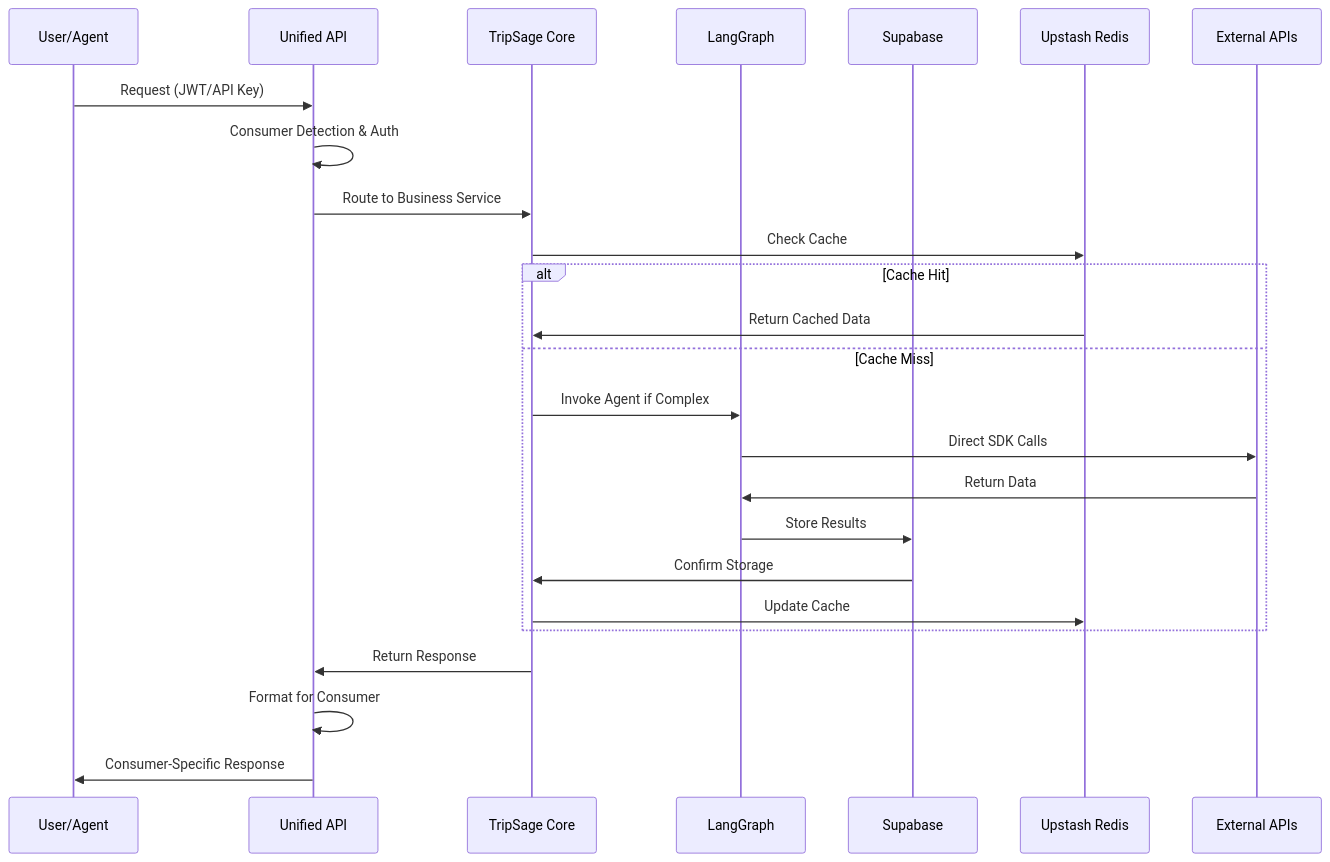
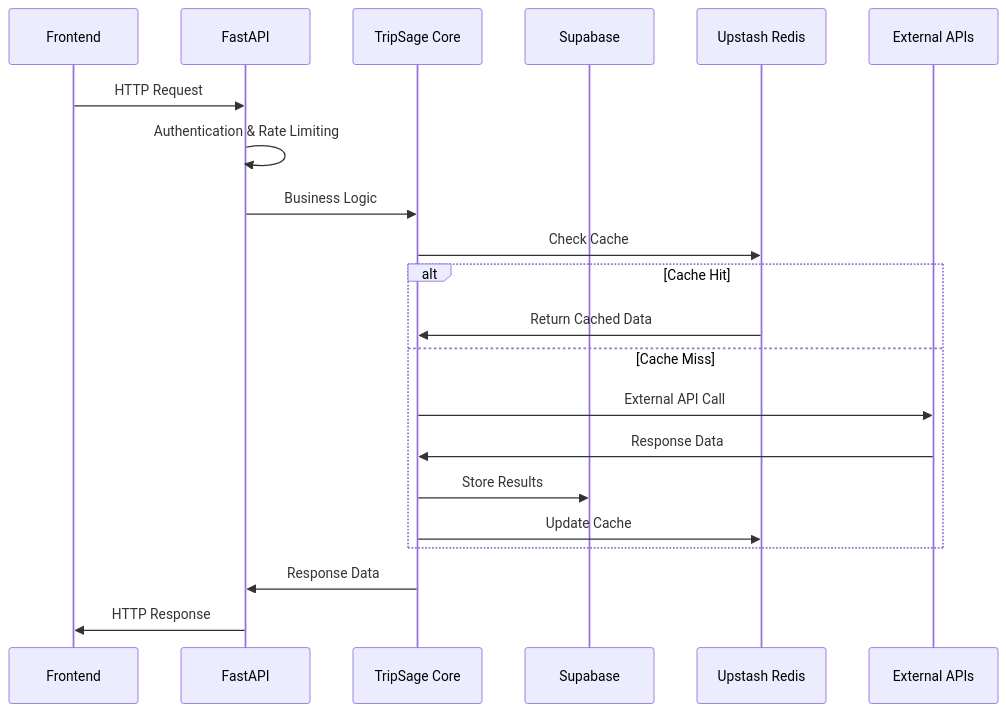
The second of 2 diagrams in docs/architecture/system-overview.md (BjornMelin/tripsage-ai), drawn with Mermaid before and after one commit. The commit also changed other lines of this file and 7 other files, not shown here.

First line of the commit message:
docs: update API usage examples and architecture documentation

````diff
--- a/docs/architecture/system-overview.md
+++ b/docs/architecture/system-overview.md
@@ -220,30 +169,26 @@
 ```mermaid
 sequenceDiagram
-    participant U as User/Agent
-    participant API as Unified API
+    participant FE as Frontend
+    participant API as FastAPI
     participant Core as TripSage Core
-    participant LG as LangGraph
     participant DB as Supabase
     participant Cache as Upstash Redis
     participant Ext as External APIs
 
-    U->>API: Request (JWT/API Key)
-    API->>API: Consumer Detection & Auth
-    API->>Core: Route to Business Service
+    FE->>API: HTTP Request
+    API->>API: Authentication & Rate Limiting
+    API->>Core: Business Logic
     Core->>Cache: Check Cache
-    
+
     alt Cache Hit
         Cache->>Core: Return Cached Data
     else Cache Miss
-        Core->>LG: Invoke Agent if Complex
-        LG->>Ext: Direct SDK Calls
-        Ext->>LG: Return Data
-        LG->>DB: Store Results
-        DB->>Core: Confirm Storage
+        Core->>Ext: External API Call
+        Ext->>Core: Response Data
+        Core->>DB: Store Results
         Core->>Cache: Update Cache
     end
-    
-    Core->>API: Return Response
-    API->>API: Format for Consumer
-    API->>U: Consumer-Specific Response
+
+    Core->>API: Response Data
+    API->>FE: HTTP Response
 ```
````
